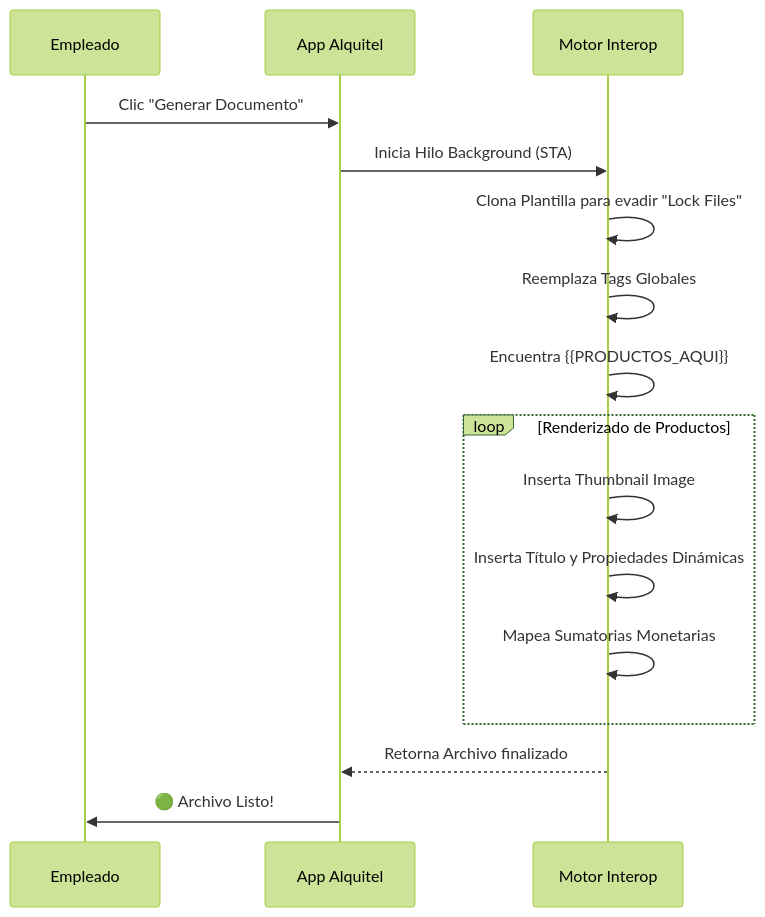
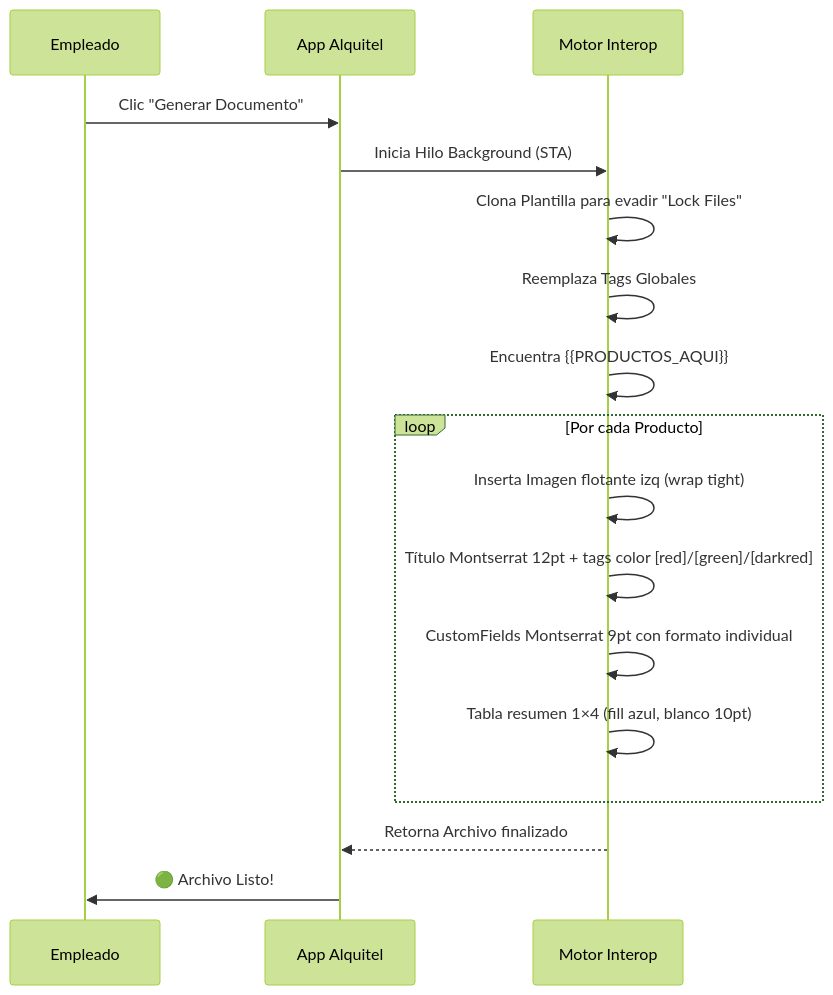
Before and after one commit to DekelUsach/Alquitel: the second of 2 diagrams in README.md, drawn with Mermaid (forest theme). The commit also changed other lines of this file and 7 other files, not shown here.

````diff
--- a/README.md
+++ b/README.md
@@ -133,19 +153,20 @@
 ```mermaid
 sequenceDiagram
     participant User as Empleado
     participant UI as App Alquitel
     participant Word as Motor Interop
     
     User->>UI: Clic "Generar Documento"
     UI->>Word: Inicia Hilo Background (STA)
     Word->>Word: Clona Plantilla para evadir "Lock Files"
     Word->>Word: Reemplaza Tags Globales
     Word->>Word: Encuentra {{PRODUCTOS_AQUI}}
-    loop Renderizado de Productos
-        Word->>Word: Inserta Thumbnail Image
-        Word->>Word: Inserta Título y Propiedades Dinámicas
-        Word->>Word: Mapea Sumatorias Monetarias
+    loop Por cada Producto
+        Word->>Word: Inserta Imagen flotante izq (wrap tight)
+        Word->>Word: Título Montserrat 12pt + tags color [red]/[green]/[darkred]
+        Word->>Word: CustomFields Montserrat 9pt con formato individual
+        Word->>Word: Tabla resumen 1×4 (fill azul, blanco 10pt)
     end
     Word-->>UI: Retorna Archivo finalizado
     UI->>User: 🟢 Archivo Listo!
 ```
````
